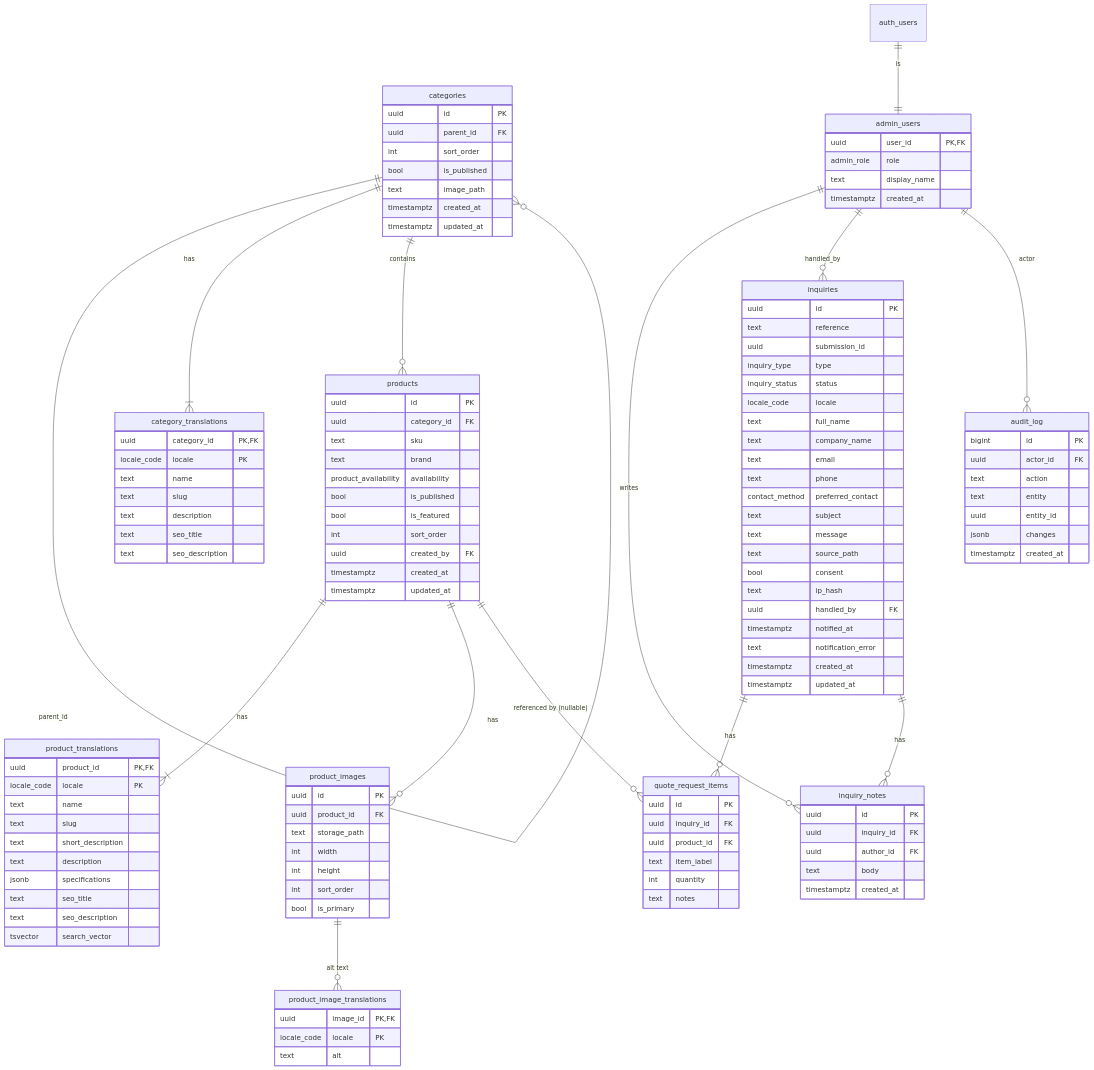
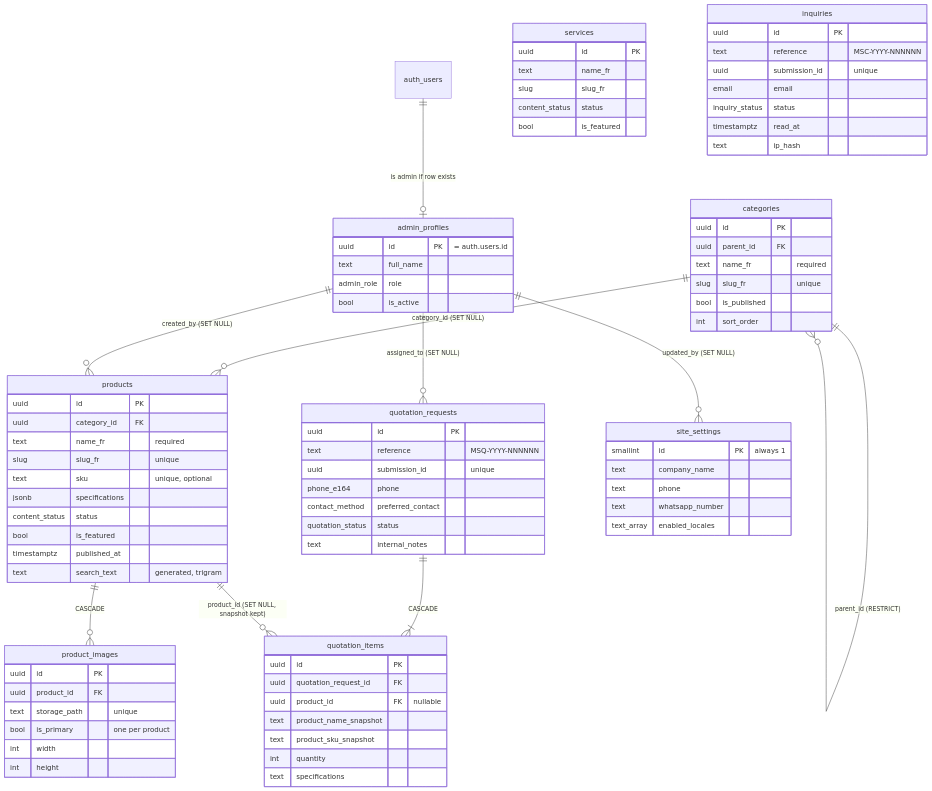
Before and after one commit to aminemaliki7/mslab-website: the diagram in docs/DATABASE_SCHEMA.md, drawn with Mermaid. The commit also changed other lines of this file and 165 other files, not shown here.

````diff
--- a/docs/DATABASE_SCHEMA.md
+++ b/docs/DATABASE_SCHEMA.md
@@ -7,127 +9,22 @@
 ```mermaid
 erDiagram
-  categories ||--o{ categories : "parent_id"
-  categories ||--|{ category_translations : has
-  categories ||--o{ products : contains
-  products ||--|{ product_translations : has
-  products ||--o{ product_images : has
-  product_images ||--o{ product_image_translations : "alt text"
-  inquiries ||--o{ quote_request_items : has
-  products ||--o{ quote_request_items : "referenced by (nullable)"
-  inquiries ||--o{ inquiry_notes : has
-  admin_users ||--o{ inquiry_notes : writes
-  admin_users ||--o{ inquiries : "handled_by"
-  admin_users ||--o{ audit_log : "actor"
-  auth_users ||--|| admin_users : "is"
+  auth_users ||--o| admin_profiles : "is admin if row exists"
+  categories ||--o{ categories : "parent_id (RESTRICT)"
+  categories ||--o{ products : "category_id (SET NULL)"
+  products ||--o{ product_images : "CASCADE"
+  admin_profiles ||--o{ products : "created_by (SET NULL)"
+  quotation_requests ||--|{ quotation_items : "CASCADE"
+  products ||--o{ quotation_items : "product_id (SET NULL, snapshot kept)"
+  admin_profiles ||--o{ quotation_requests : "assigned_to (SET NULL)"
+  admin_profiles ||--o{ site_settings : "updated_by (SET NULL)"
 
-  categories {
-    uuid id PK
-    uuid parent_id FK
-    int sort_order
-    bool is_published
-    text image_path
-    timestamptz created_at
-    timestamptz updated_at
-  }
-  category_translations {
-    uuid category_id PK,FK
-    locale_code locale PK
-    text name
-    text slug
-    text description
-    text seo_title
-    text seo_description
-  }
-  products {
-    uuid id PK
-    uuid category_id FK
-    text sku
-    text brand
-    product_availability availability
-    bool is_published
-    bool is_featured
-    int sort_order
-    uuid created_by FK
-    timestamptz created_at
-    timestamptz updated_at
-  }
-  product_translations {
-    uuid product_id PK,FK
-    locale_code locale PK
-    text name
-    text slug
-    text short_description
-    text description
-    jsonb specifications
-    text seo_title
-    text seo_description
-    tsvector search_vector
-  }
-  product_images {
-    uuid id PK
-    uuid product_id FK
-    text storage_path
-    int width
-    int height
-    int sort_order
-    bool is_primary
-  }
-  product_image_translations {
-    uuid image_id PK,FK
-    locale_code locale PK
-    text alt
-  }
-  inquiries {
-    uuid id PK
-    text reference
-    uuid submission_id
-    inquiry_type type
-    inquiry_status status
-    locale_code locale
-    text full_name
-    text company_name
-    text email
-    text phone
-    contact_method preferred_contact
-    text subject
-    text message
-    text source_path
-    bool consent
-    text ip_hash
-    uuid handled_by FK
-    timestamptz notified_at
-    text notification_error
-    timestamptz created_at
-    timestamptz updated_at
-  }
-  quote_request_items {
-    uuid id PK
-    uuid inquiry_id FK
-    uuid product_id FK
-    text item_label
-    int quantity
-    text notes
-  }
-  inquiry_notes {
-    uuid id PK
-    uuid inquiry_id FK
-    uuid author_id FK
-    text body
-    timestamptz created_at
-  }
-  admin_users {
-    uuid user_id PK,FK
-    admin_role role
-    text display_name
-    timestamptz created_at
-  }
-  audit_log {
-    bigint id PK
-    uuid actor_id FK
-    text action
-    text entity
-    uuid entity_id
-    jsonb changes
-    timestamptz created_at
-  }
+  admin_profiles { uuid id PK "= auth.users.id" text full_name admin_role role bool is_active }
+  categories { uuid id PK uuid parent_id FK text name_fr "required" slug slug_fr "unique" bool is_published int sort_order }
+  products { uuid id PK uuid category_id FK text name_fr "required" slug slug_fr "unique" text sku "unique, optional" jsonb specifications content_status status bool is_featured timestamptz published_at text search_text "generated, trigram" }
+  product_images { uuid id PK uuid product_id FK text storage_path "unique" bool is_primary "one per product" int width int height }
+  services { uuid id PK text name_fr slug slug_fr content_status status bool is_featured }
+  inquiries { uuid id PK text reference "MSC-YYYY-NNNNNN" uuid submission_id "unique" email email inquiry_status status timestamptz read_at text ip_hash }
+  quotation_requests { uuid id PK text reference "MSQ-YYYY-NNNNNN" uuid submission_id "unique" phone_e164 phone contact_method preferred_contact quotation_status status text internal_notes }
+  quotation_items { uuid id PK uuid quotation_request_id FK uuid product_id FK "nullable" text product_name_snapshot text product_sku_snapshot int quantity text specifications }
+  site_settings { smallint id PK "always 1" text company_name text phone text whatsapp_number text_array enabled_locales }
 ```
````
